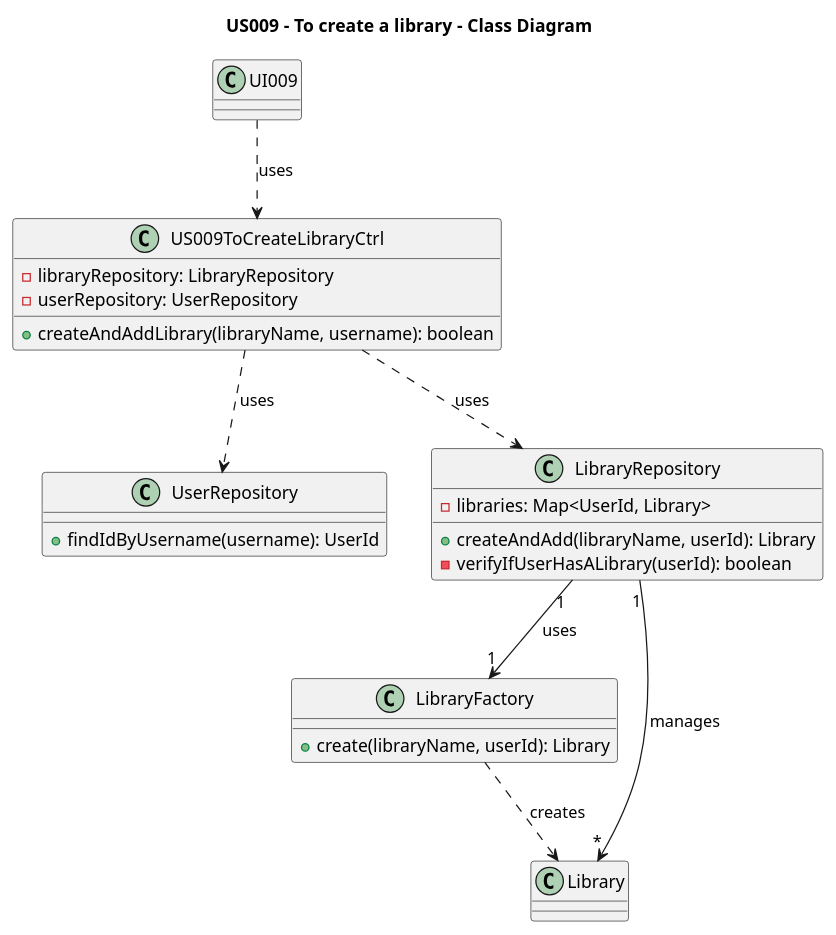
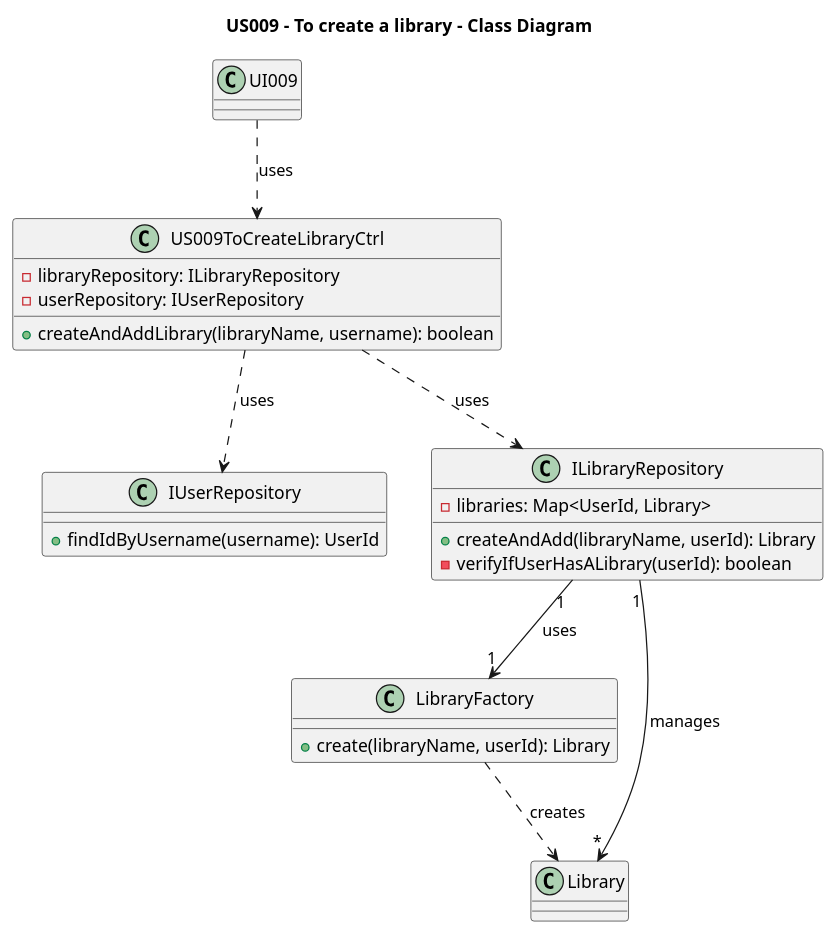
Before and after one commit to AndrePereiraGitH/SWitCH-Project-Team_A: the diagram in Diagrams/ClassDiagrams/US009-to-create-a-library.puml, drawn with PlantUML. The commit also changed 1 other file, not shown here.

Commit message:
docs(US009) #476: use interfaces instead of implementations in sequence diagrams

```diff
--- a/Diagrams/ClassDiagrams/US009-to-create-a-library.puml
+++ b/Diagrams/ClassDiagrams/US009-to-create-a-library.puml
@@ -1,43 +1,43 @@
 @startuml
 title US009 - To create a library - Class Diagram
 
 
 class UI009 {
 }
 
 
 class US009ToCreateLibraryCtrl {
-    - libraryRepository: LibraryRepository
-    - userRepository: UserRepository
+    - libraryRepository: ILibraryRepository
+    - userRepository: IUserRepository
     + createAndAddLibrary(libraryName, username): boolean
 }
 
-class UserRepository {
+class IUserRepository {
     + findIdByUsername(username): UserId
 }
 
-class LibraryRepository {
+class ILibraryRepository {
     - libraries: Map<UserId, Library>
     + createAndAdd(libraryName, userId): Library
     - verifyIfUserHasALibrary(userId): boolean
 }
 
 
 class LibraryFactory {
     + create(libraryName, userId): Library
 }
 
 
 class Library {
 }
 
 
 ' Relationships
 UI009 ..> US009ToCreateLibraryCtrl: uses
-US009ToCreateLibraryCtrl ..> UserRepository: uses
-US009ToCreateLibraryCtrl ..> LibraryRepository: uses
-LibraryRepository "1" --> "1" LibraryFactory: uses
-LibraryRepository "1" --> "*" Library: manages
+US009ToCreateLibraryCtrl ..> IUserRepository: uses
+US009ToCreateLibraryCtrl ..> ILibraryRepository: uses
+ILibraryRepository "1" --> "1" LibraryFactory: uses
+ILibraryRepository "1" --> "*" Library: manages
 LibraryFactory ..> Library: creates
 
 @enduml
```
